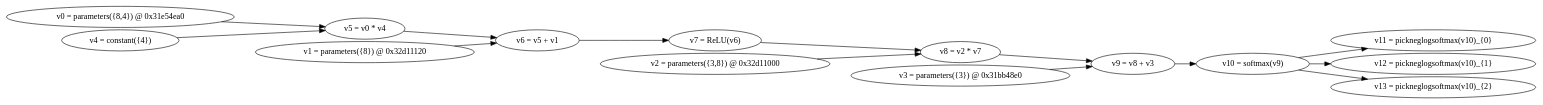
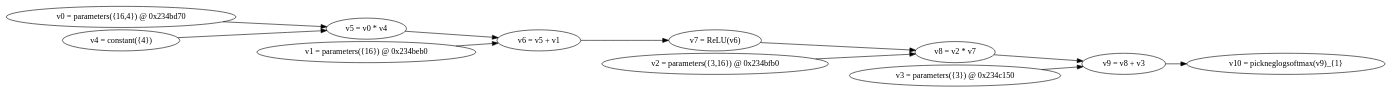
One commit to harumo11/dynet_start changed the diagram in iris/graph.dot. Above: the diagram before and after it, drawn with Graphviz. The commit also changed 3 other files, not shown here.

```diff
--- a/iris/graph.dot
+++ b/iris/graph.dot
@@ -1,31 +1,25 @@
 digraph G {
   rankdir=LR;
   nodesep=.05;
-  N0 [label="v0 = parameters({8,4}) @ 0x31e54ea0"];
-  N1 [label="v1 = parameters({8}) @ 0x32d11120"];
-  N2 [label="v2 = parameters({3,8}) @ 0x32d11000"];
-  N3 [label="v3 = parameters({3}) @ 0x31bb48e0"];
+  N0 [label="v0 = parameters({16,4}) @ 0x234bd70"];
+  N1 [label="v1 = parameters({16}) @ 0x234beb0"];
+  N2 [label="v2 = parameters({3,16}) @ 0x234bfb0"];
+  N3 [label="v3 = parameters({3}) @ 0x234c150"];
   N4 [label="v4 = constant({4})"];
   N5 [label="v5 = v0 * v4"];
   N0 -> N5;
   N4 -> N5;
   N6 [label="v6 = v5 + v1"];
   N5 -> N6;
   N1 -> N6;
   N7 [label="v7 = ReLU(v6)"];
   N6 -> N7;
   N8 [label="v8 = v2 * v7"];
   N2 -> N8;
   N7 -> N8;
   N9 [label="v9 = v8 + v3"];
   N8 -> N9;
   N3 -> N9;
-  N10 [label="v10 = softmax(v9)"];
+  N10 [label="v10 = pickneglogsoftmax(v9)_{1}"];
   N9 -> N10;
-  N11 [label="v11 = pickneglogsoftmax(v10)_{0}"];
-  N10 -> N11;
-  N12 [label="v12 = pickneglogsoftmax(v10)_{1}"];
-  N10 -> N12;
-  N13 [label="v13 = pickneglogsoftmax(v10)_{2}"];
-  N10 -> N13;
 }
```
